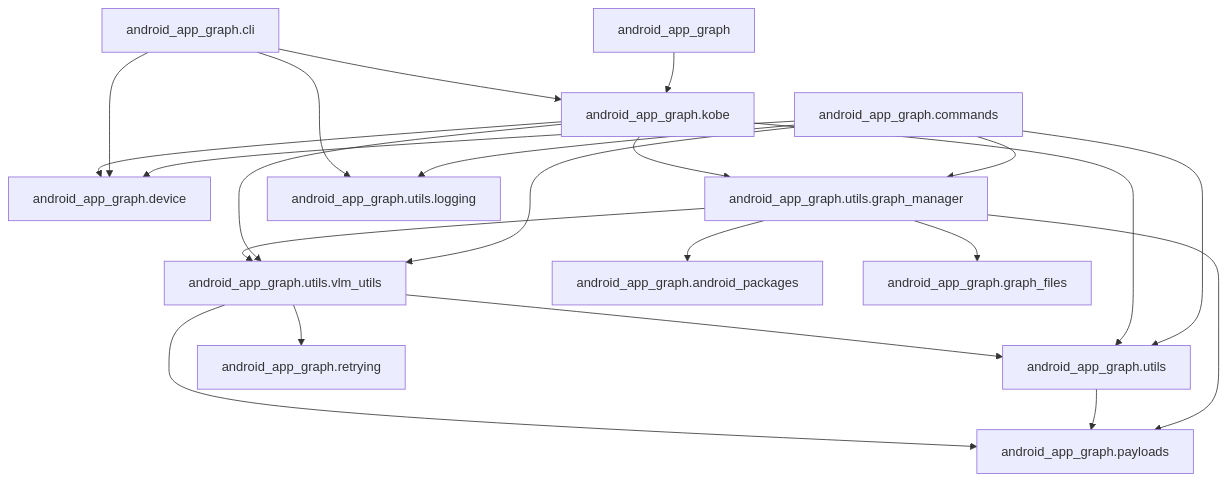
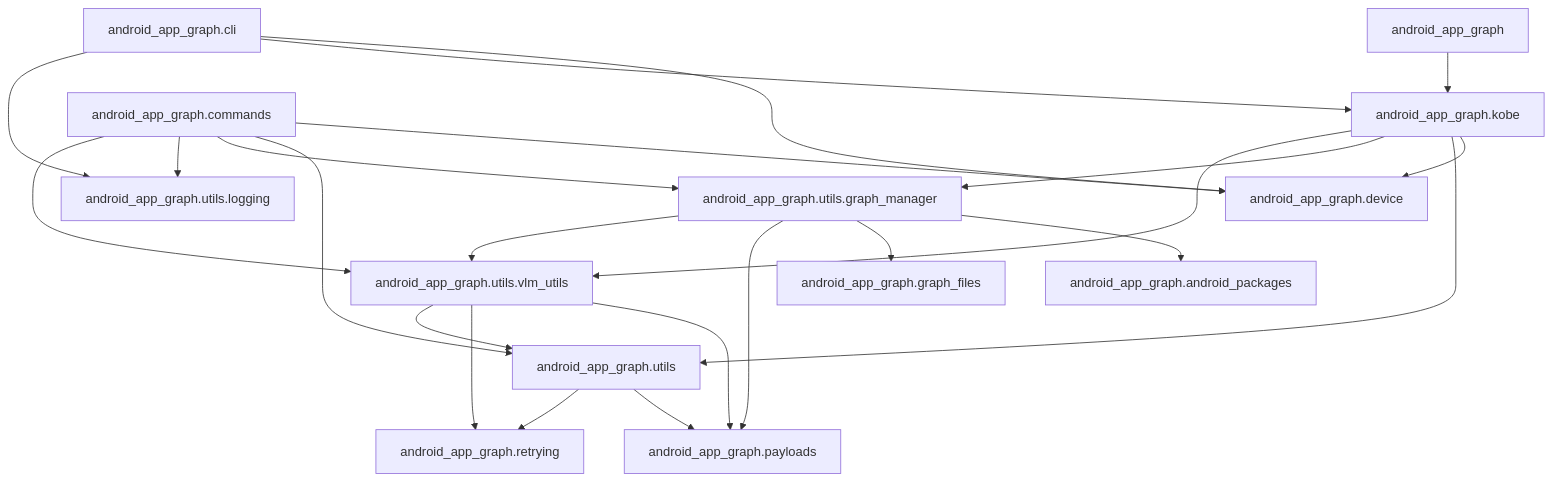
Before and after one commit to john-agi/Android-App-Graph: the diagram in README.md, drawn with Mermaid. The commit also changed other lines of this file and 9 other files, not shown here.

````diff
--- a/README.md
+++ b/README.md
@@ -49,24 +49,25 @@
 ```mermaid
 graph TD;
     pkg["android_app_graph"] --> kobe["android_app_graph.kobe"];
     cmd["android_app_graph.commands"] --> dev["android_app_graph.device"];
     cmd --> utils["android_app_graph.utils"];
     cmd --> gm["android_app_graph.utils.graph_manager"];
     cmd --> logging["android_app_graph.utils.logging"];
     cmd --> vlm["android_app_graph.utils.vlm_utils"];
     cli["android_app_graph.cli"] --> dev;
     cli --> kobe;
     cli --> logging;
     kobe --> dev;
     kobe --> utils;
     kobe --> gm;
     kobe --> vlm;
     gm --> pkgs["android_app_graph.android_packages"];
     gm --> gf["android_app_graph.graph_files"];
     gm --> pay["android_app_graph.payloads"];
     gm --> vlm;
     utils --> pay;
+    utils --> retry["android_app_graph.retrying"];
     vlm --> pay;
-    vlm --> retry["android_app_graph.retrying"];
+    vlm --> retry;
     vlm --> utils;
 ```
````
